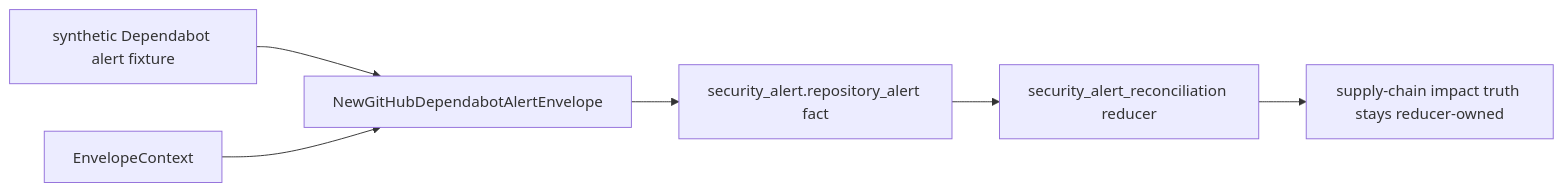
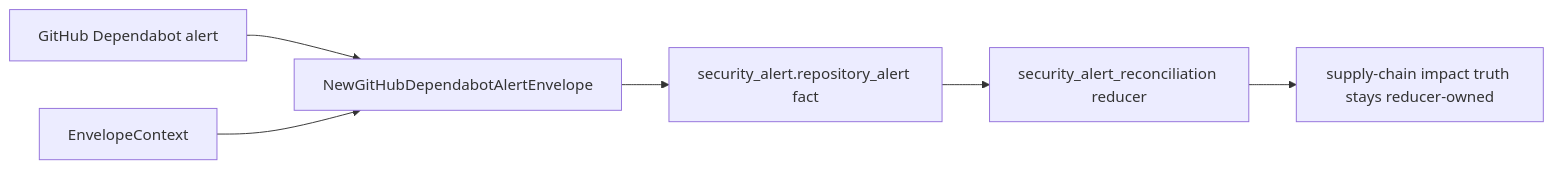
One commit to eshu-hq/eshu changed the diagram in go/internal/collector/securityalerts/README.md. Above: the diagram before and after it, drawn with Mermaid. The commit also changed other lines of this file and 75 other files, not shown here.

````diff
--- a/go/internal/collector/securityalerts/README.md
+++ b/go/internal/collector/securityalerts/README.md
@@ -16,15 +18,15 @@
 ```mermaid
 flowchart LR
-    Fixture["synthetic Dependabot alert fixture"]
+    Provider["GitHub Dependabot alert"]
     Context["EnvelopeContext"]
     Normalize["NewGitHubDependabotAlertEnvelope"]
     Fact["security_alert.repository_alert fact"]
     Reducer["security_alert_reconciliation reducer"]
     Impact["supply-chain impact truth stays reducer-owned"]
 
-    Fixture --> Normalize
+    Provider --> Normalize
     Context --> Normalize
     Normalize --> Fact
     Fact --> Reducer
     Reducer --> Impact
 ```
````
